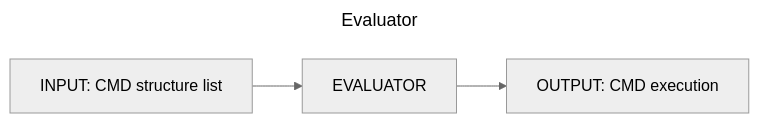
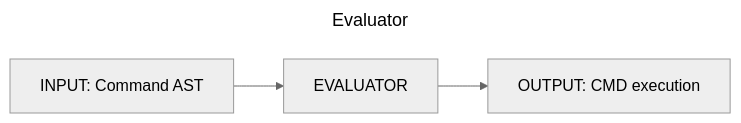
One commit to 3lsy/minishell changed the second of 4 diagrams in docs/README.md. Above: the diagram before and after it, drawn with Mermaid (neutral theme). The commit also changed other lines of this file, not shown here.

````diff
--- a/docs/README.md
+++ b/docs/README.md
@@ -23,11 +23,11 @@
 ```mermaid
 ---
 title: Evaluator
 ---
 flowchart LR
-    input["INPUT: CMD structure list"]
+    input["INPUT: Command AST"]
     evaluator["EVALUATOR"]
     output["OUTPUT: CMD execution"]
     input --> evaluator
     evaluator --> output
 ```
````
